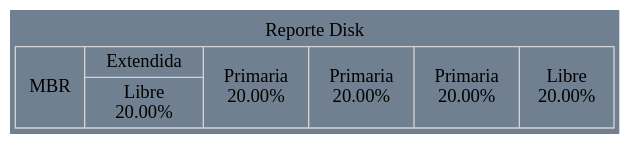
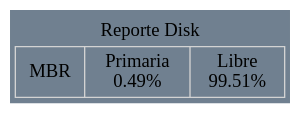
The diagram in ReporteDisk.dot (RamiroTelles/MIA_P1_202010044), drawn with Graphviz before and after one commit. The commit also changed 15 other files, not shown here.

```diff
--- a/ReporteDisk.dot
+++ b/ReporteDisk.dot
@@ -1,2 +1,2 @@
-digraph grid {bgcolor="slategrey" label=" Reporte Disk "layout=dot labelloc = "t"edge [weigth=1000 style=dashed color=red4 dir = "both" arrowtail="open" arrowhead="open"]node[shape=record, color=lightgrey]a0[label="MBR|{Extendida|Libre\n20.00%\n}|Primaria\n20.00%\n|Primaria\n20.00%\n|Primaria\n20.00%\n|Libre\n20.00%\n"];
+digraph grid {bgcolor="slategrey" label=" Reporte Disk "layout=dot labelloc = "t"edge [weigth=1000 style=dashed color=red4 dir = "both" arrowtail="open" arrowhead="open"]node[shape=record, color=lightgrey]a0[label="MBR|Primaria\n0.49%\n|Libre\n99.51%\n"];
 }
```
